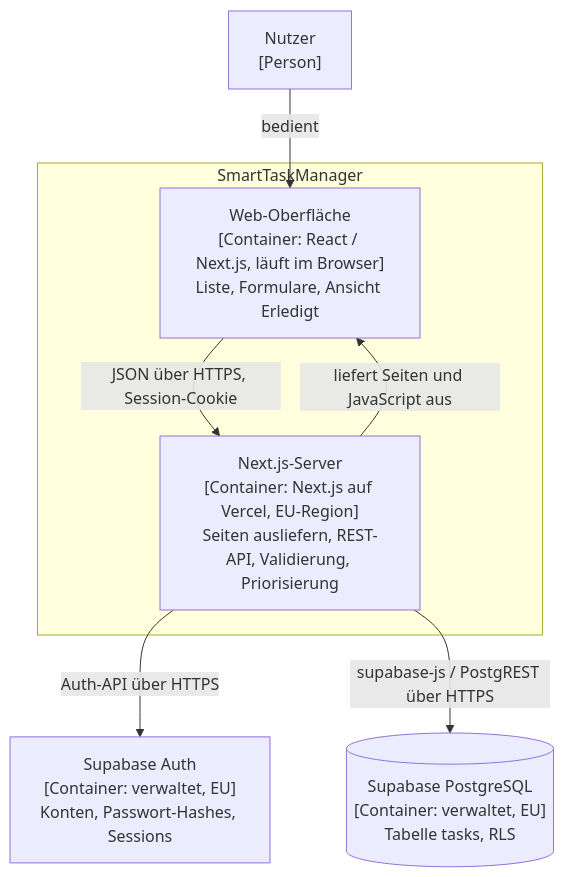
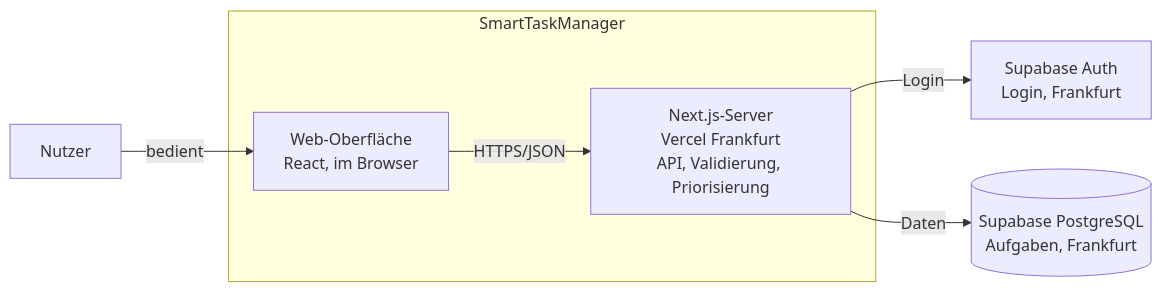
Before and after one commit to mahanf01/SmartTaskManager: the fifth of 5 diagrams in docs/architecture.md, drawn with Mermaid. The commit also changed other lines of this file and 6 other files, not shown here.

Commit message:
simplify design details and add diagram images

````diff
--- a/docs/architecture.md
+++ b/docs/architecture.md
@@ -192,18 +192,17 @@
 ```mermaid
-flowchart TB
-  user["Nutzer<br/>[Person]"]
+flowchart LR
+  user["Nutzer"]
 
   subgraph stm["SmartTaskManager"]
-    web["Web-Oberfläche<br/>[Container: React / Next.js, läuft im Browser]<br/>Liste, Formulare, Ansicht Erledigt"]
-    app["Next.js-Server<br/>[Container: Next.js auf Vercel, EU-Region]<br/>Seiten ausliefern, REST-API, Validierung, Priorisierung"]
+    web["Web-Oberfläche<br/>React, im Browser"]
+    app["Next.js-Server<br/>Vercel Frankfurt<br/>API, Validierung, Priorisierung"]
   end
 
-  auth["Supabase Auth<br/>[Container: verwaltet, EU]<br/>Konten, Passwort-Hashes, Sessions"]
-  db[("Supabase PostgreSQL<br/>[Container: verwaltet, EU]<br/>Tabelle tasks, RLS")]
+  auth["Supabase Auth<br/>Login, Frankfurt"]
+  db[("Supabase PostgreSQL<br/>Aufgaben, Frankfurt")]
 
   user -->|"bedient"| web
-  app -->|"liefert Seiten und JavaScript aus"| web
-  web -->|"JSON über HTTPS, Session-Cookie"| app
-  app -->|"Auth-API über HTTPS"| auth
-  app -->|"supabase-js / PostgREST über HTTPS"| db
+  web -->|"HTTPS/JSON"| app
+  app -->|"Login"| auth
+  app -->|"Daten"| db
 ```
````
